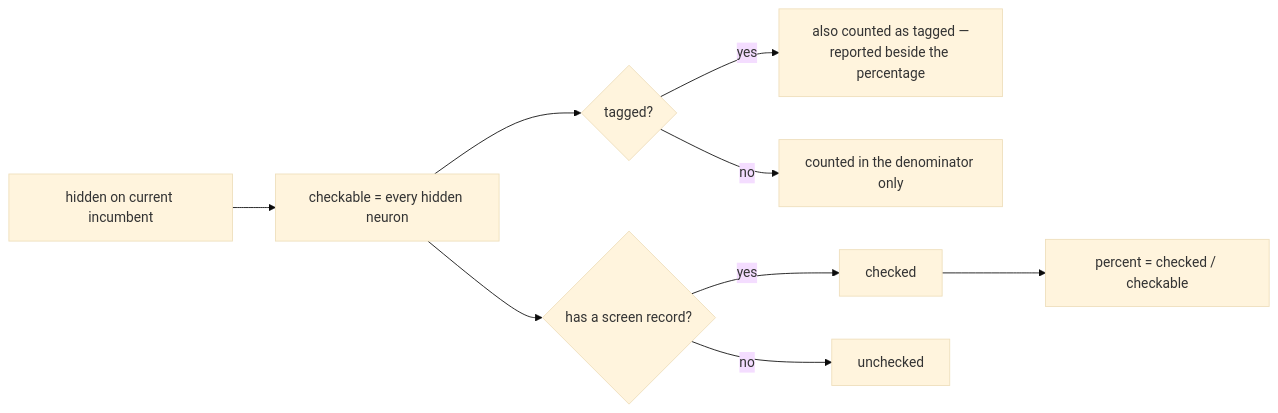
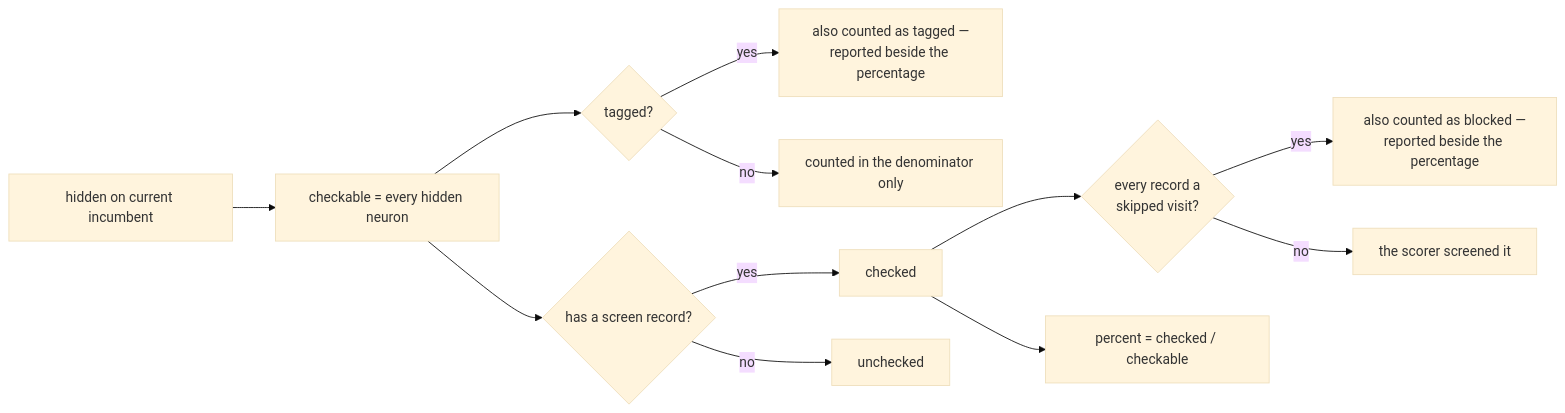
Before and after one commit to stSoftwareAU/NEAT-AI-Ockham: the sixth of 10 diagrams in README.md, drawn with Mermaid (base theme). The commit also changed other lines of this file and 12 other files, not shown here.

````diff
--- a/README.md
+++ b/README.md
@@ -498,11 +542,14 @@
 ```mermaid
 flowchart LR
     H["hidden on current incumbent"] --> C["checkable = every hidden neuron"]
     C --> T{"tagged?"}
     T -->|yes| G["also counted as tagged —<br/>reported beside the percentage"]
     T -->|no| N["counted in the denominator only"]
     C --> S{"has a screen record?"}
     S -->|yes| D["checked"]
     S -->|no| U["unchecked"]
+    D --> B{"every record a<br/>skipped visit?"}
+    B -->|yes| K["also counted as blocked —<br/>reported beside the percentage"]
+    B -->|no| Q["the scorer screened it"]
     D --> P["percent = checked / checkable"]
 ```
````
